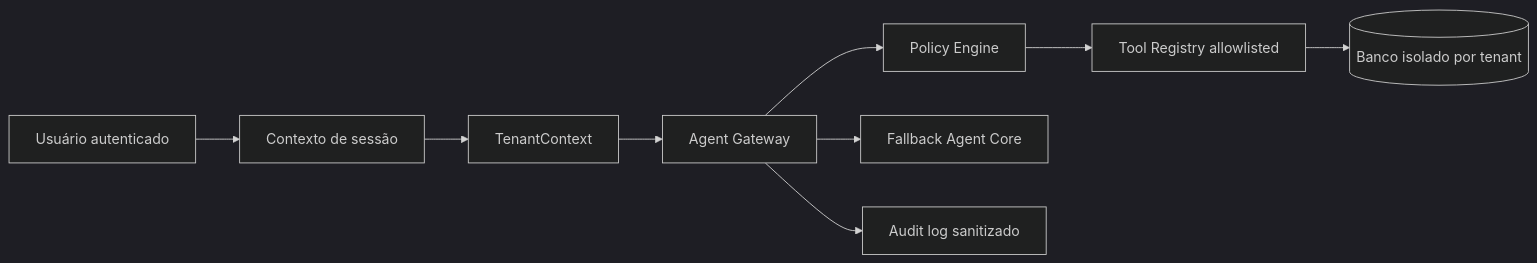
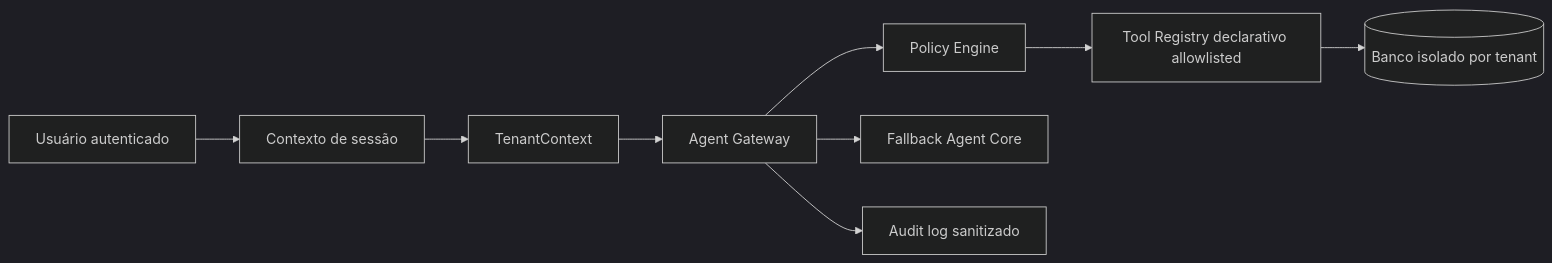
One commit to cuecagg-oss/pastoral-agent-platform changed the diagram in ARCHITECTURE_BASELINE.md. Above: the diagram before and after it, drawn with Mermaid (dark theme). The commit also changed other lines of this file and 7 other files, not shown here.

````diff
--- a/ARCHITECTURE_BASELINE.md
+++ b/ARCHITECTURE_BASELINE.md
@@ -21,11 +22,11 @@
 ```mermaid
 flowchart LR
   U[Usuário autenticado] --> C[Contexto de sessão]
   C --> T[TenantContext]
   T --> G[Agent Gateway]
   G --> P[Policy Engine]
-  P --> R[Tool Registry allowlisted]
+  P --> R[Tool Registry declarativo allowlisted]
   G --> F[Fallback Agent Core]
   R --> DB[(Banco isolado por tenant)]
   G --> A[Audit log sanitizado]
 ```
````
